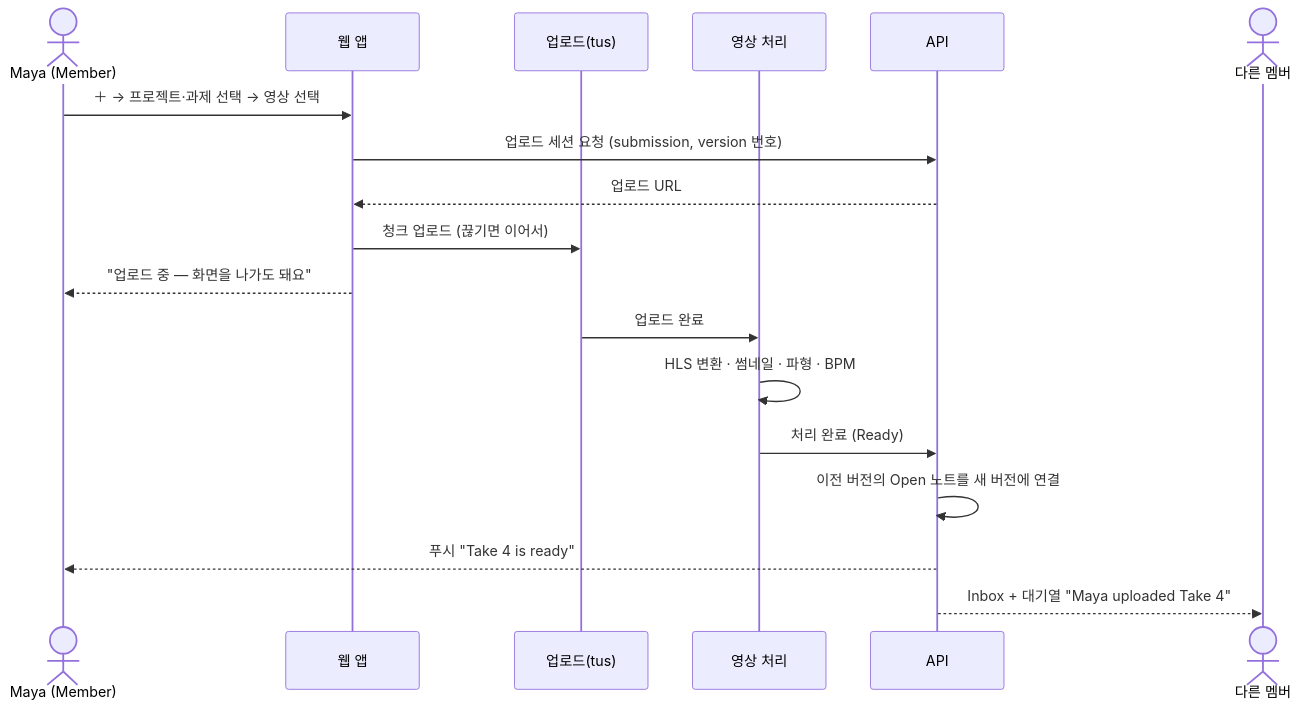
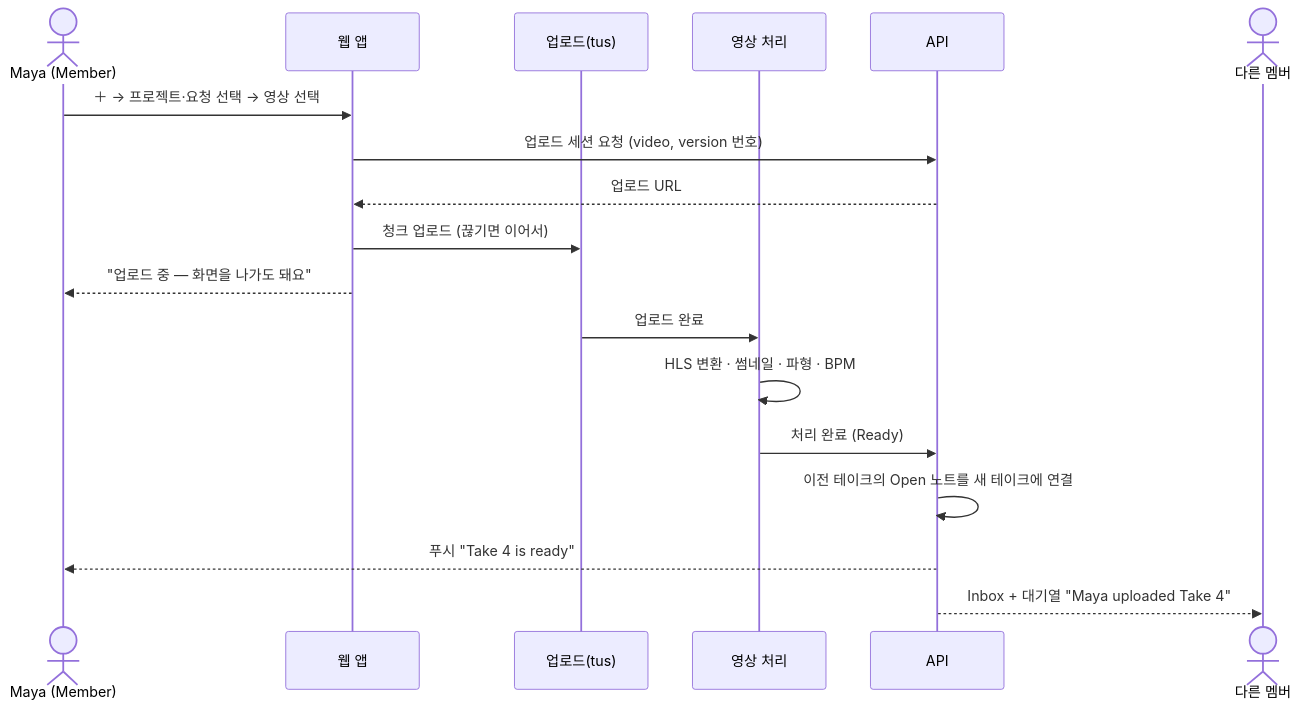
The fifth of 8 diagrams in docs/02-service-structure.md (hope13710/dancerly), drawn with Mermaid before and after one commit. The commit also changed other lines of this file and 11 other files, not shown here.

````diff
--- a/docs/02-service-structure.md
+++ b/docs/02-service-structure.md
@@ -216,20 +227,20 @@
 ```mermaid
 sequenceDiagram
   actor D as Maya (Member)
   participant W as 웹 앱
   participant U as 업로드(tus)
   participant M as 영상 처리
   participant A as API
   actor C as 다른 멤버
-  D->>W: ＋ → 프로젝트·과제 선택 → 영상 선택
-  W->>A: 업로드 세션 요청 (submission, version 번호)
+  D->>W: ＋ → 프로젝트·요청 선택 → 영상 선택
+  W->>A: 업로드 세션 요청 (video, version 번호)
   A-->>W: 업로드 URL
   W->>U: 청크 업로드 (끊기면 이어서)
   W-->>D: "업로드 중 — 화면을 나가도 돼요"
   U->>M: 업로드 완료
   M->>M: HLS 변환 · 썸네일 · 파형 · BPM
   M->>A: 처리 완료 (Ready)
-  A->>A: 이전 버전의 Open 노트를 새 버전에 연결
+  A->>A: 이전 테이크의 Open 노트를 새 테이크에 연결
   A-->>D: 푸시 "Take 4 is ready"
   A-->>C: Inbox + 대기열 "Maya uploaded Take 4"
 ```
````
